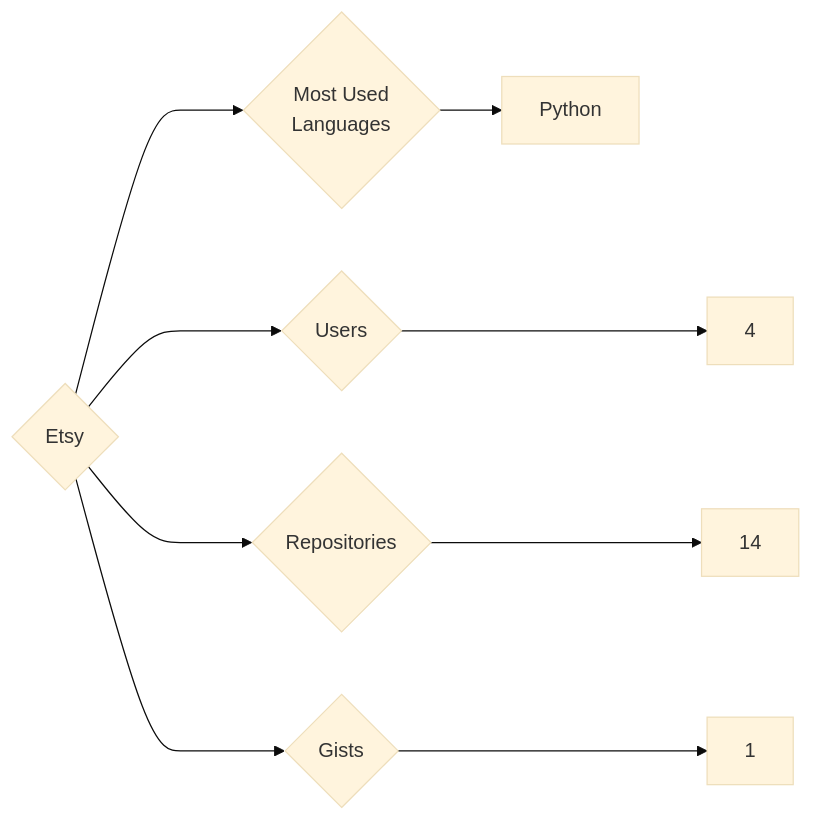
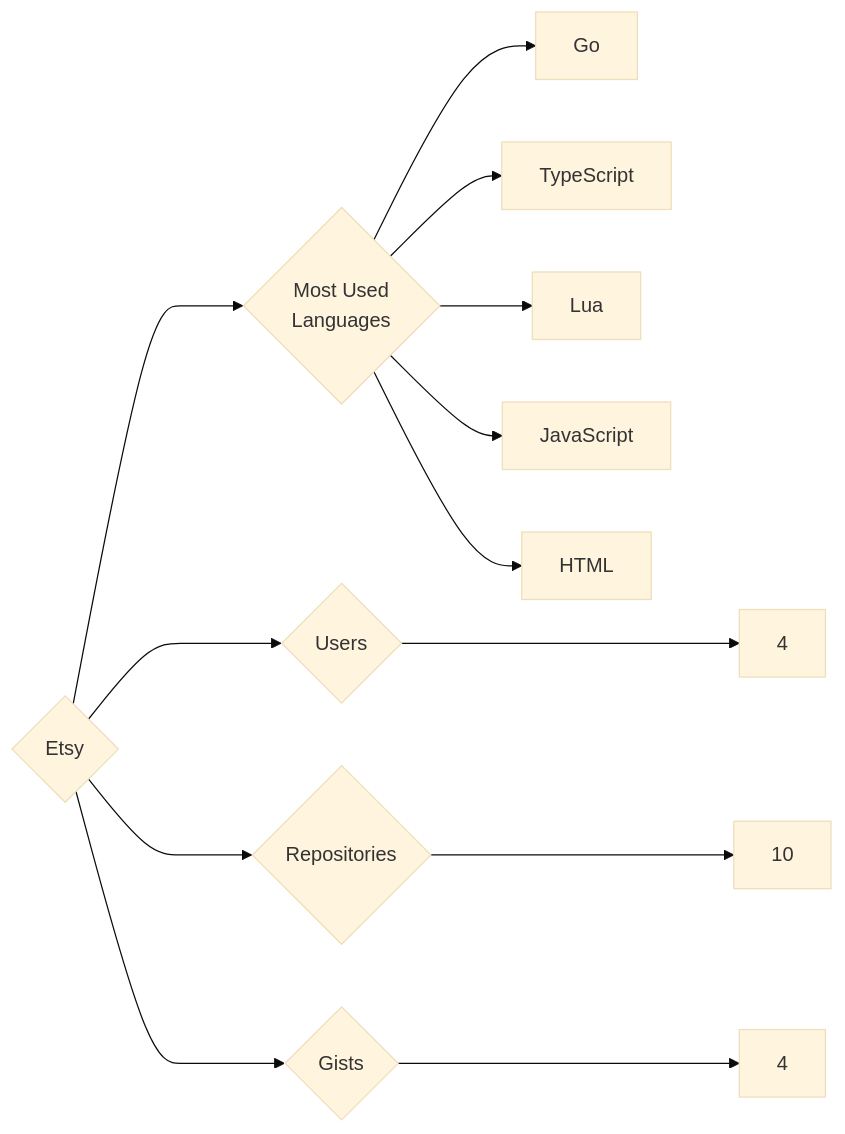
Before and after one commit to trickest/insiders: the diagram in targets/Etsy/README.md, drawn with Mermaid (base theme). The commit also changed 1148 other files, not shown here.

````diff
--- a/targets/Etsy/README.md
+++ b/targets/Etsy/README.md
@@ -3,9 +3,13 @@
 ```mermaid
 graph LR
 COMPANY_NAME{Etsy}
 COMPANY_NAME ---> U{Users} ---> UN[4]
-COMPANY_NAME ---> R{Repositories} ---> RN[14]
-COMPANY_NAME ---> G{Gists} ---> GN[1]
+COMPANY_NAME ---> R{Repositories} ---> RN[10]
+COMPANY_NAME ---> G{Gists} ---> GN[4]
 COMPANY_NAME ---> ML{Most Used<br>Languages}
-ML --> Python[Python]
+ML --> Go[Go]
+ML --> TypeScript[TypeScript]
+ML --> Lua[Lua]
+ML --> JavaScript[JavaScript]
+ML --> HTML[HTML]
 ```
````
